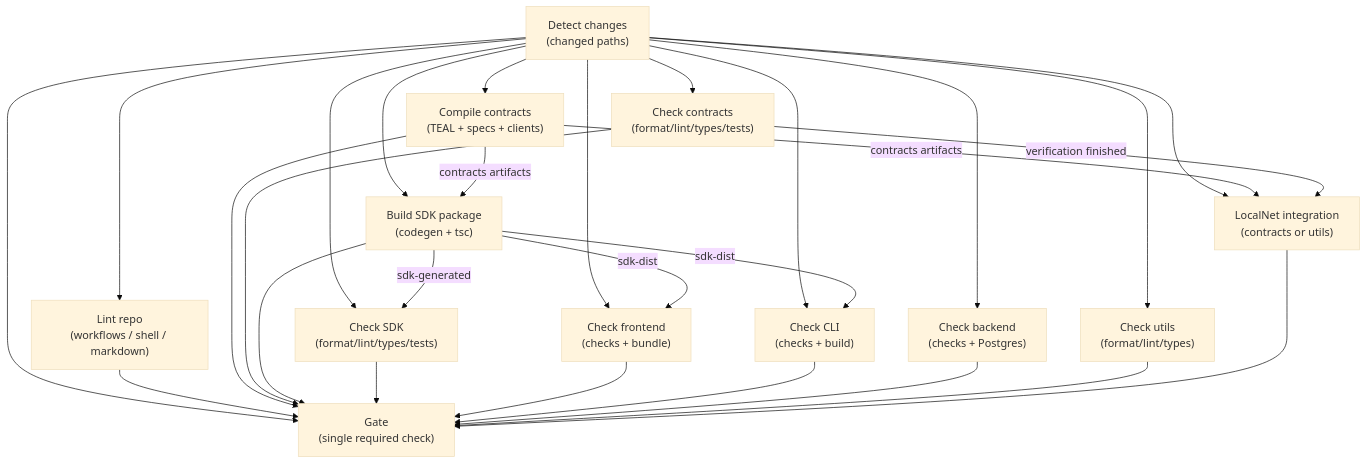
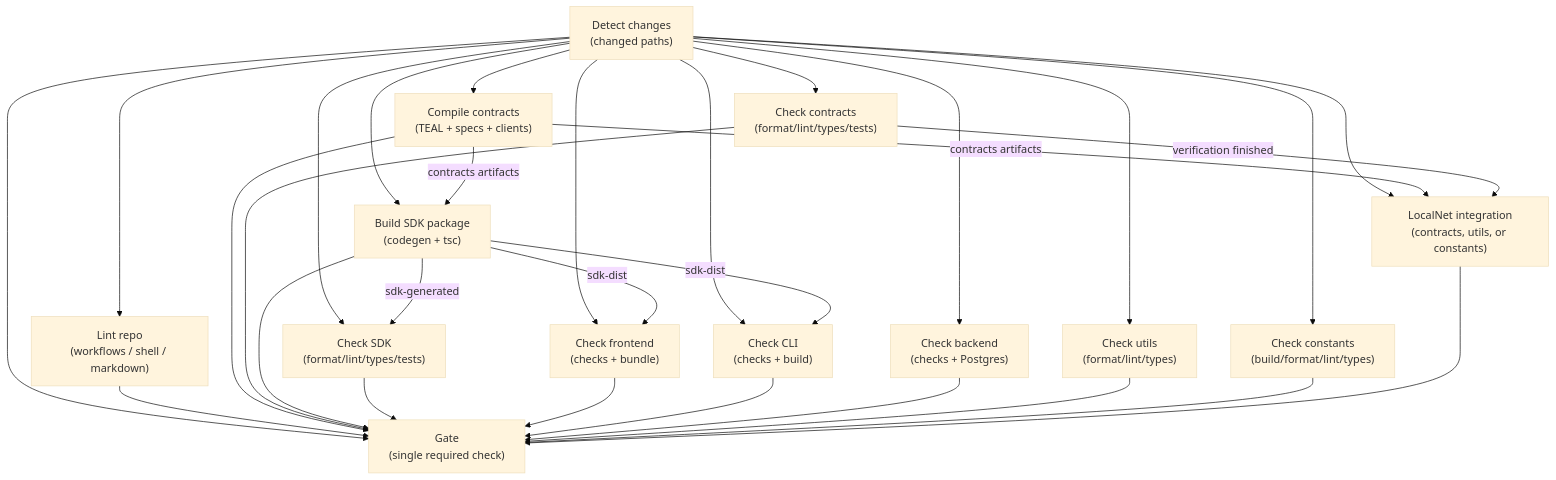
One commit to kasakame/kasakame changed the diagram in docs/ci.md. Above: the diagram before and after it, drawn with Mermaid (base theme). The commit also changed other lines of this file and 85 other files, not shown here.

````diff
--- a/docs/ci.md
+++ b/docs/ci.md
@@ -91,43 +97,46 @@
 ```mermaid
 flowchart TD
     changes["Detect changes<br/>(changed paths)"]
     repo["Lint repo<br/>(workflows / shell / markdown)"]
     buildc["Compile contracts<br/>(TEAL + specs + clients)"]
     contracts["Check contracts<br/>(format/lint/types/tests)"]
     buildsdk["Build SDK package<br/>(codegen + tsc)"]
     sdk["Check SDK<br/>(format/lint/types/tests)"]
     frontend["Check frontend<br/>(checks + bundle)"]
     cli["Check CLI<br/>(checks + build)"]
     backend["Check backend<br/>(checks + Postgres)"]
     utils["Check utils<br/>(format/lint/types)"]
-    integration["LocalNet integration<br/>(contracts or utils)"]
+    constants["Check constants<br/>(build/format/lint/types)"]
+    integration["LocalNet integration<br/>(contracts, utils, or constants)"]
     gate["Gate<br/>(single required check)"]
 
     changes --> repo
     changes --> buildc
     changes --> contracts
     changes --> buildsdk
     changes --> sdk
     changes --> frontend
     changes --> cli
     changes --> backend
     changes --> utils
+    changes --> constants
     changes --> integration
     changes --> gate
     buildc -->|"contracts artifacts"| buildsdk
     buildc -->|"contracts artifacts"| integration
     contracts -->|"verification finished"| integration
     buildsdk -->|"sdk-generated"| sdk
     buildsdk -->|"sdk-dist"| frontend
     buildsdk -->|"sdk-dist"| cli
     repo --> gate
     buildc --> gate
     contracts --> gate
     buildsdk --> gate
     sdk --> gate
     frontend --> gate
     cli --> gate
     backend --> gate
     utils --> gate
+    constants --> gate
     integration --> gate
 ```
````
